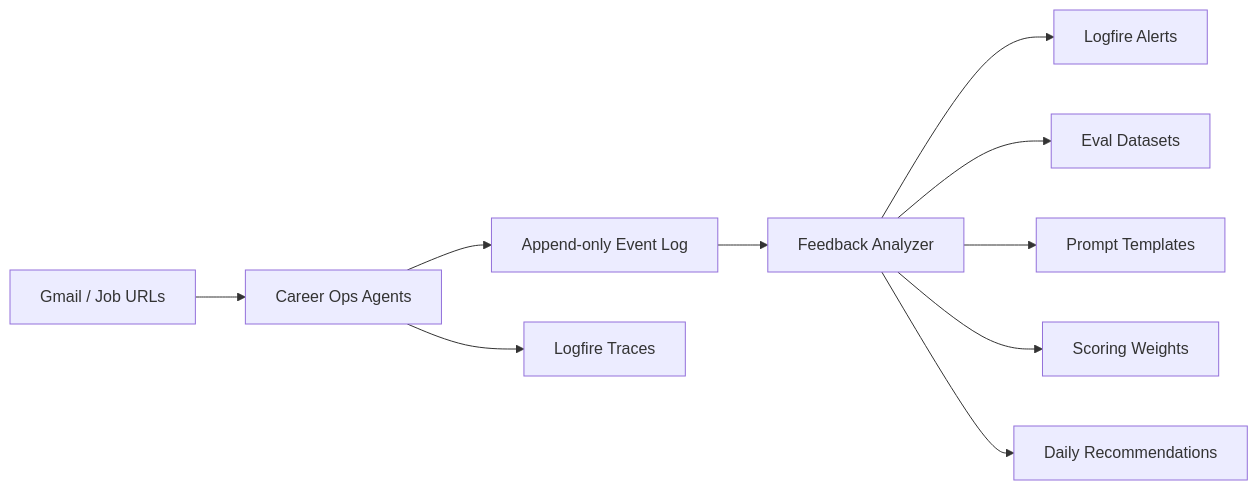
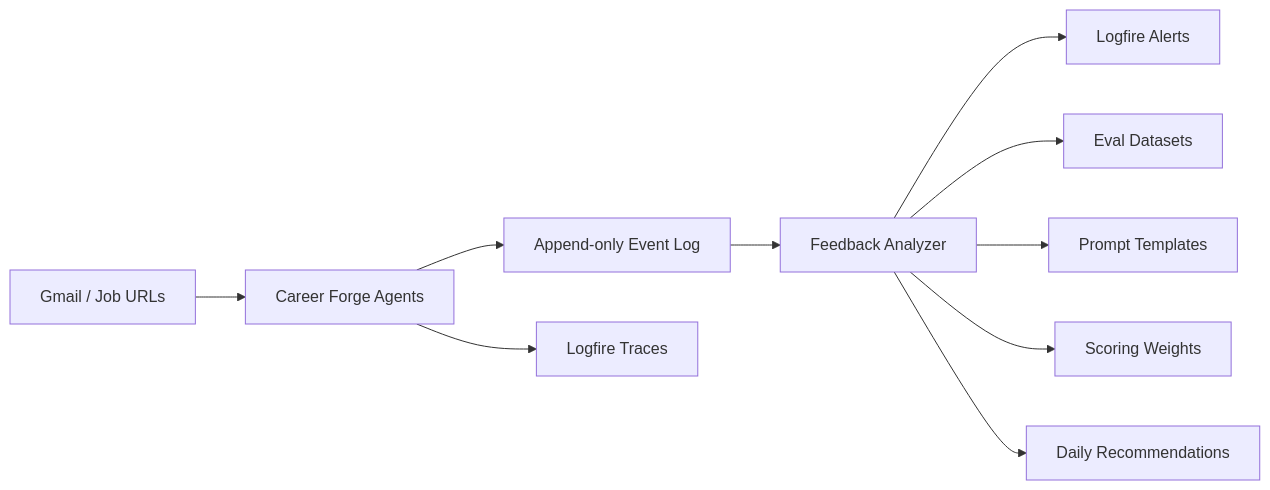
Before and after one commit to dillon-barendt/career-forge: the diagram in docs/FEEDBACK_LOOP.md, drawn with Mermaid. The commit also changed other lines of this file and 52 other files, not shown here.

First line of the commit message:
feat(career-forge): add webhook intake and rename project

````diff
--- a/docs/FEEDBACK_LOOP.md
+++ b/docs/FEEDBACK_LOOP.md
@@ -6,12 +6,12 @@
 ```mermaid
 flowchart LR
-    Gmail["Gmail / Job URLs"] --> Agents["Career Ops Agents"]
+    Gmail["Gmail / Job URLs"] --> Agents["Career Forge Agents"]
     Agents --> Events["Append-only Event Log"]
     Agents --> Logfire["Logfire Traces"]
     Events --> Feedback["Feedback Analyzer"]
     Feedback --> Alerts["Logfire Alerts"]
     Feedback --> Evals["Eval Datasets"]
     Feedback --> Prompts["Prompt Templates"]
     Feedback --> Scoring["Scoring Weights"]
     Feedback --> Recommendations["Daily Recommendations"]
 ```
````
